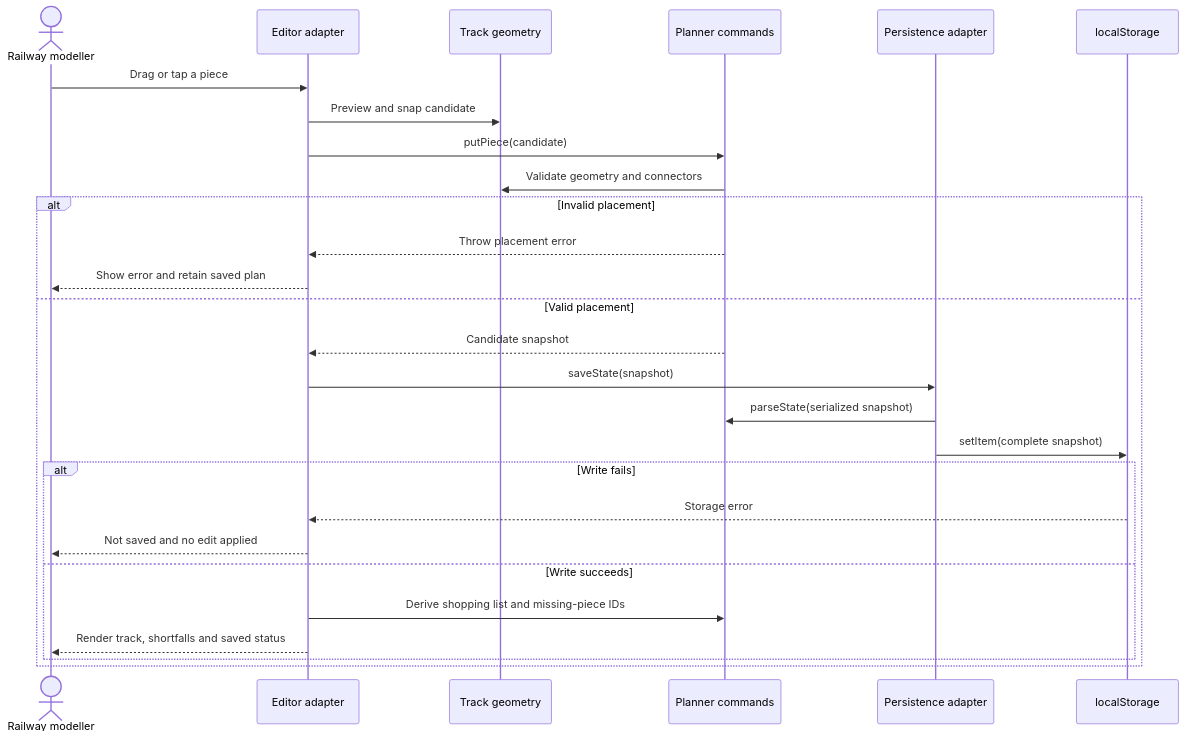
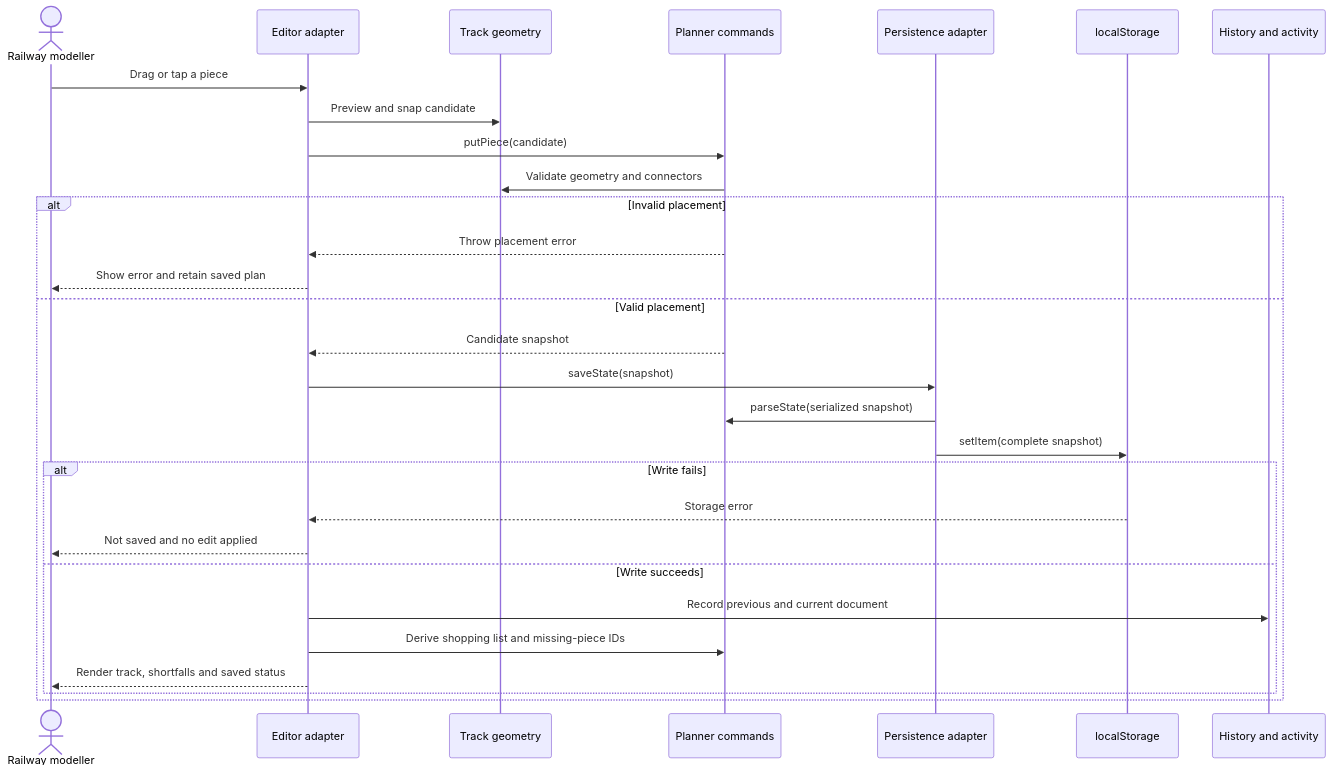
Before and after one commit to f2calv/model-railway-planner: the third of 3 diagrams in docs/architecture.md, drawn with Mermaid. The commit also changed other lines of this file and 17 other files, not shown here.

````diff
--- a/docs/architecture.md
+++ b/docs/architecture.md
@@ -94,29 +118,31 @@
 ```mermaid
 sequenceDiagram
     actor User as Railway modeller
     participant Editor as Editor adapter
     participant Geometry as Track geometry
     participant State as Planner commands
     participant Storage as Persistence adapter
     participant Documents as localStorage
+    participant History as History and activity
     User->>Editor: Drag or tap a piece
     Editor->>Geometry: Preview and snap candidate
     Editor->>State: putPiece(candidate)
     State->>Geometry: Validate geometry and connectors
     alt Invalid placement
         State-->>Editor: Throw placement error
         Editor-->>User: Show error and retain saved plan
     else Valid placement
         State-->>Editor: Candidate snapshot
         Editor->>Storage: saveState(snapshot)
         Storage->>State: parseState(serialized snapshot)
         Storage->>Documents: setItem(complete snapshot)
         alt Write fails
             Documents-->>Editor: Storage error
             Editor-->>User: Not saved and no edit applied
         else Write succeeds
+            Editor->>History: Record previous and current document
             Editor->>State: Derive shopping list and missing-piece IDs
             Editor-->>User: Render track, shortfalls and saved status
         end
     end
 ```
````
